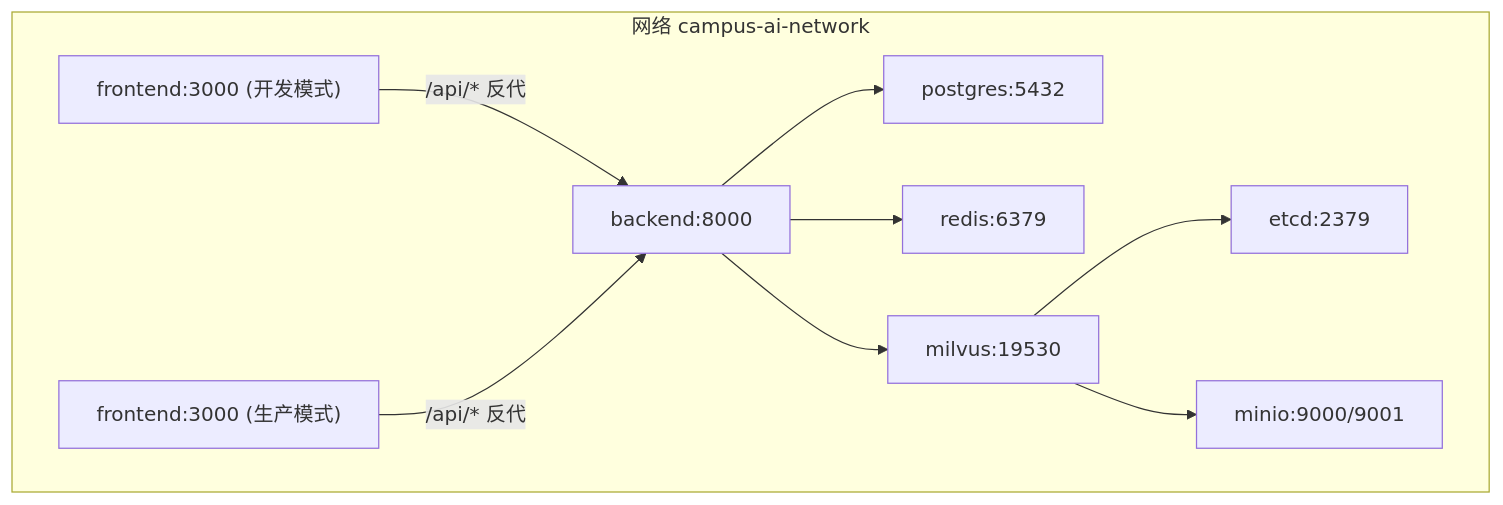
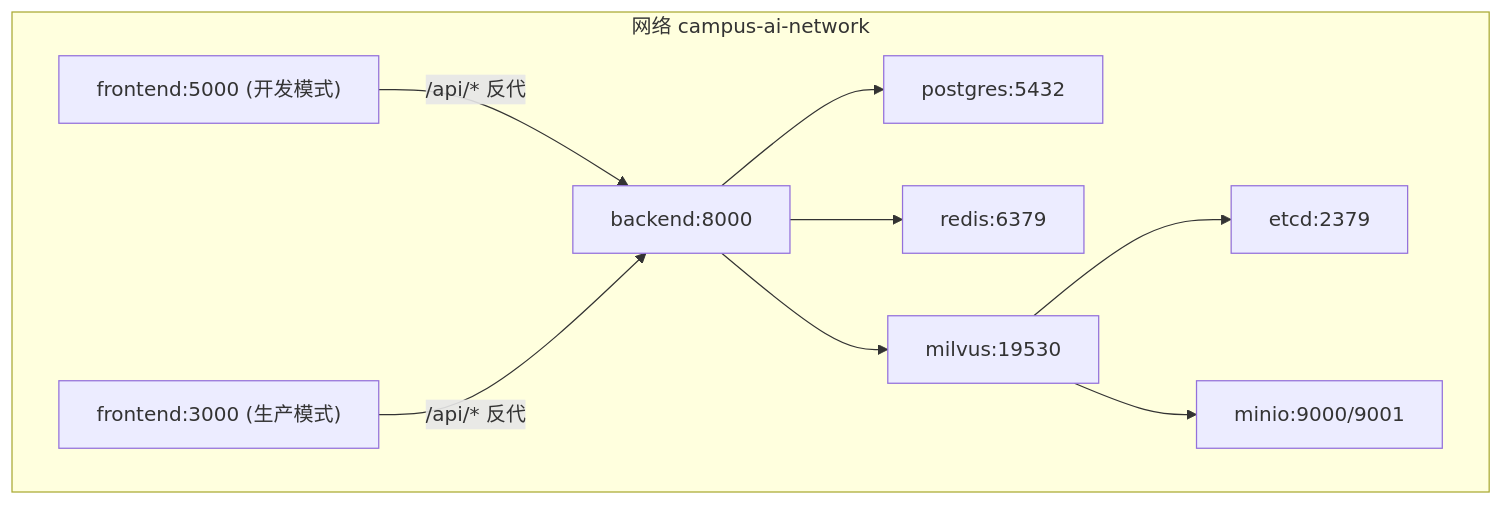
Before and after one commit to ghbbn053-ship-itsoulddog/soulddog: the second of 5 diagrams in .qoder/repowiki/zh/content/开发指南/构建与部署/Docker部署.md, drawn with Mermaid. The commit also changed other lines of this file and 13 other files, not shown here.

````diff
--- a/.qoder/repowiki/zh/content/开发指南/构建与部署/Docker部署.md
+++ b/.qoder/repowiki/zh/content/开发指南/构建与部署/Docker部署.md
@@ -123,20 +124,20 @@
 ```mermaid
 graph TB
 subgraph "网络 campus-ai-network"
-FEDev["frontend:3000 (开发模式)"]
+FEDev["frontend:5000 (开发模式)"]
 FEProd["frontend:3000 (生产模式)"]
 BK["backend:8000"]
 PG["postgres:5432"]
 RD["redis:6379"]
 MV["milvus:19530"]
 ET["etcd:2379"]
 MC["minio:9000/9001"]
 end
 FEDev --> |"/api/* 反代"| BK
 FEProd --> |"/api/* 反代"| BK
 BK --> PG
 BK --> RD
 BK --> MV
 MV --> ET
 MV --> MC
 ```
````
